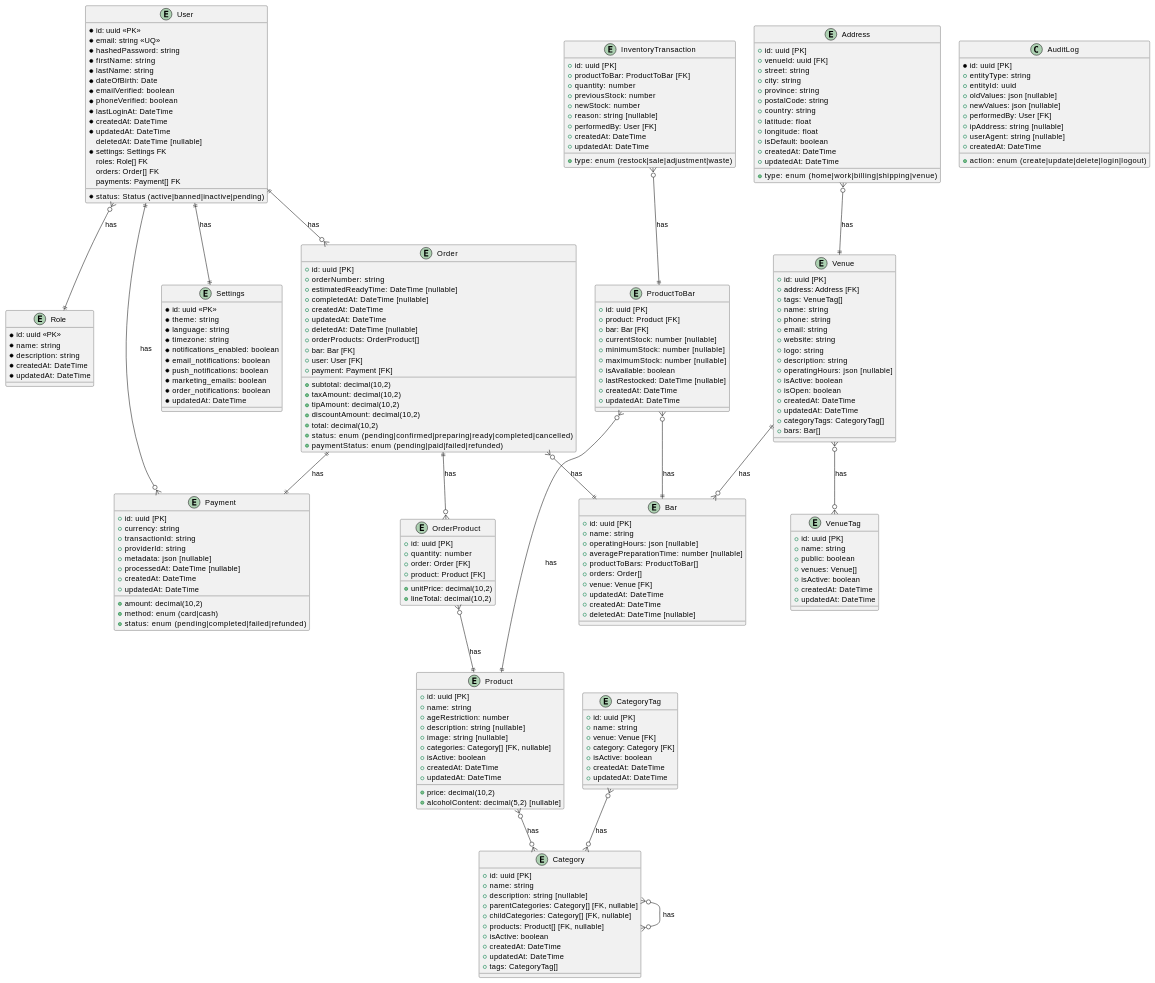
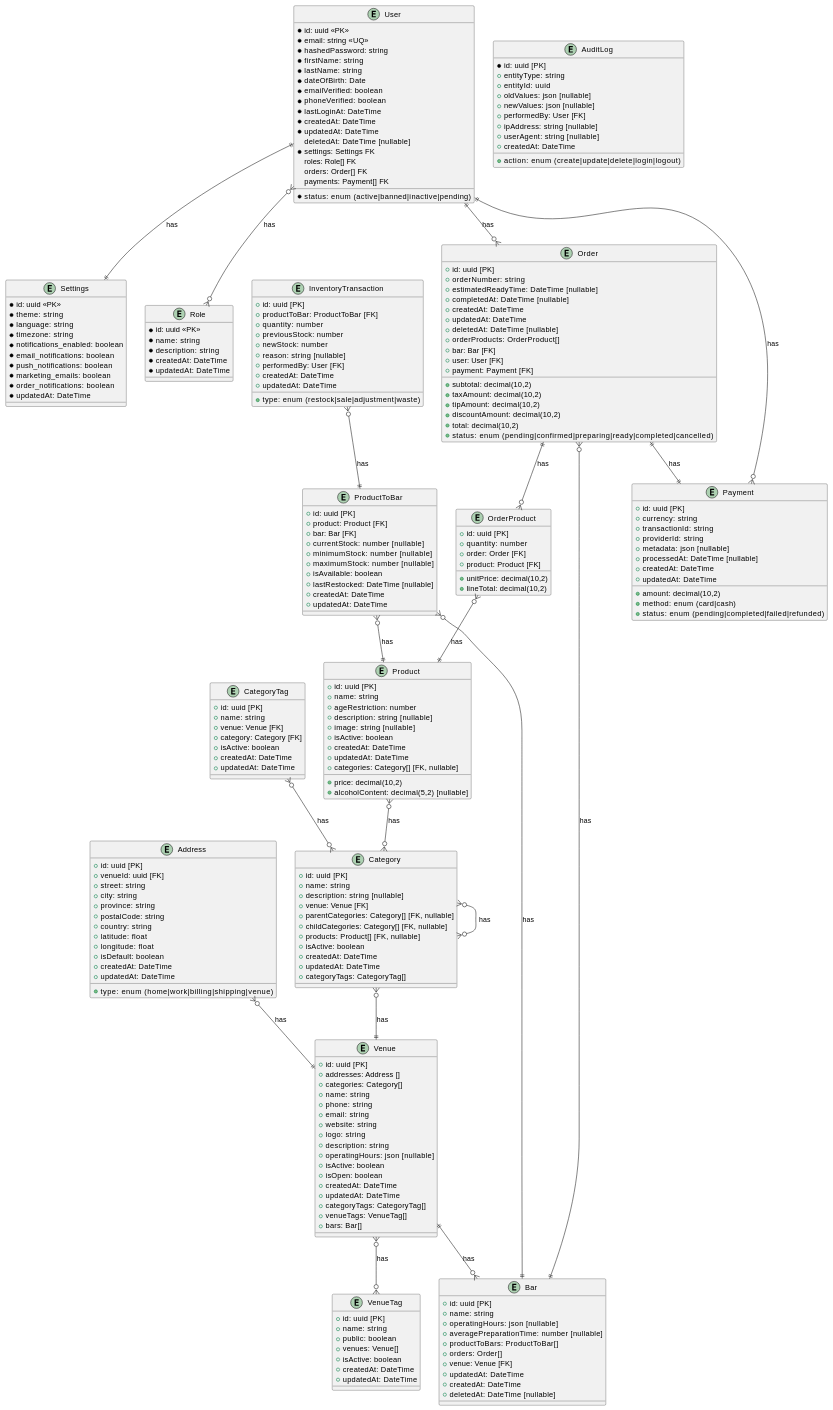
The diagram in backend/ERD.md (robinoosterik2/FastBar), drawn with PlantUML before and after one commit. The commit also changed 35 other files, not shown here.

```diff
--- a/backend/ERD.md
+++ b/backend/ERD.md
@@ -8,7 +8,7 @@
   *firstName: string
   *lastName: string
   *dateOfBirth: Date
-  *status: Status (active|banned|inactive|pending)
+  *status: enum (active|banned|inactive|pending)
   *emailVerified: boolean
   *phoneVerified: boolean
   *lastLoginAt: DateTime
@@ -60,8 +60,8 @@
 
 entity Venue {
   + id: uuid [PK]
-  + address: Address [FK]
-  + tags: VenueTag[]
+  + addresses: Address []
+  + categories: Category[]
   + name: string
   + phone: string
   + email: string
@@ -74,6 +74,7 @@
   + createdAt: DateTime
   + updatedAt: DateTime
   + categoryTags: CategoryTag[]
+  + venueTags: VenueTag[]
   + bars: Bar[]
 }
 
@@ -97,24 +98,25 @@
   + ageRestriction: number
   + description: string [nullable]
   + image: string [nullable]
-  + categories: Category[] [FK, nullable]
   + isActive: boolean
   + alcoholContent: decimal(5,2) [nullable]
   + createdAt: DateTime
   + updatedAt: DateTime
+  + categories: Category[] [FK, nullable]
 }
 
 entity Category {
   + id: uuid [PK]
   + name: string
   + description: string [nullable]
+  + venue: Venue [FK]
   + parentCategories: Category[] [FK, nullable]
   + childCategories: Category[] [FK, nullable]
   + products: Product[] [FK, nullable]
   + isActive: boolean
   + createdAt: DateTime
   + updatedAt: DateTime
-  + tags: CategoryTag[]
+  + categoryTags: CategoryTag[]
 }
 
 entity OrderProduct {
@@ -135,7 +137,6 @@
   + discountAmount: decimal(10,2)
   + total: decimal(10,2)
   + status: enum (pending|confirmed|preparing|ready|completed|cancelled)
-  + paymentStatus: enum (pending|paid|failed|refunded)
   + estimatedReadyTime: DateTime [nullable]
   + completedAt: DateTime [nullable]
   + createdAt: DateTime
@@ -187,7 +188,7 @@
   + updatedAt: DateTime
 }
 
-class AuditLog {
+entity AuditLog {
   *id: uuid [PK]
   + entityType: string
   + entityId: uuid
@@ -220,7 +221,7 @@
   + updatedAt: DateTime
 }
 
-User }o--|| Role : has
+User }o--o{ Role : has
 User ||--|| Settings : has
 User ||--o{ Order : has
 Order ||--o{ OrderProduct : has
@@ -237,6 +238,7 @@
 Category }o--o{ Category : has
 Venue }o--o{ VenueTag : has
 CategoryTag }o--o{ Category : has
+Category }o--|| Venue : has
 
 
 
```
